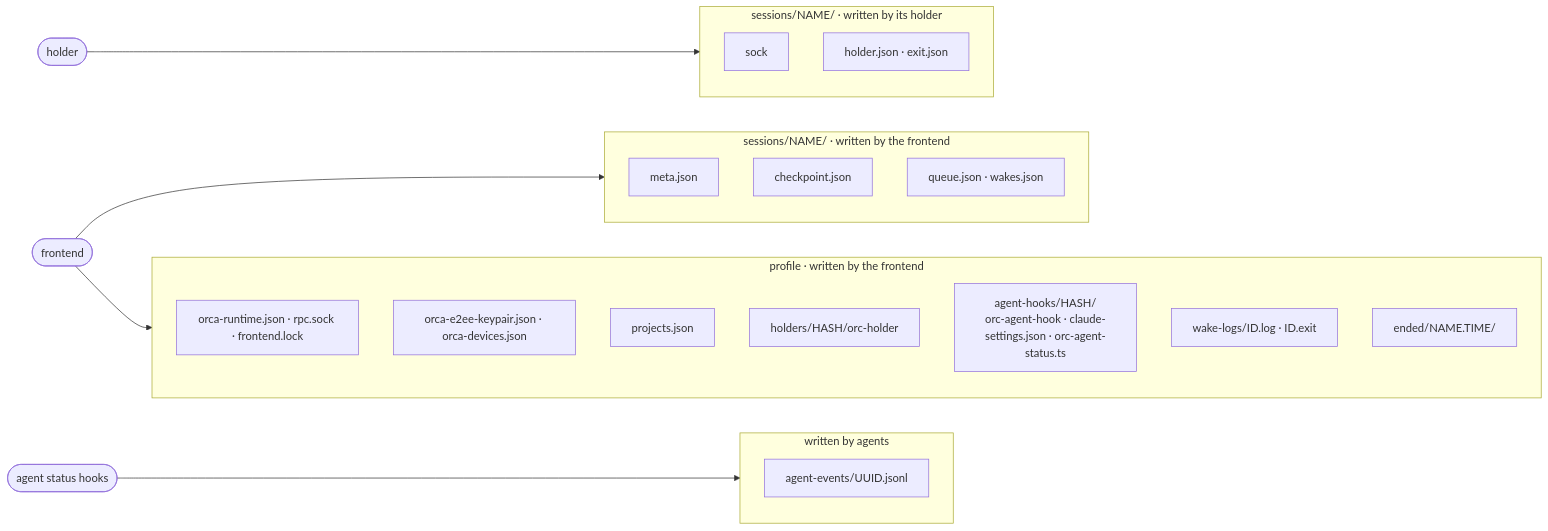
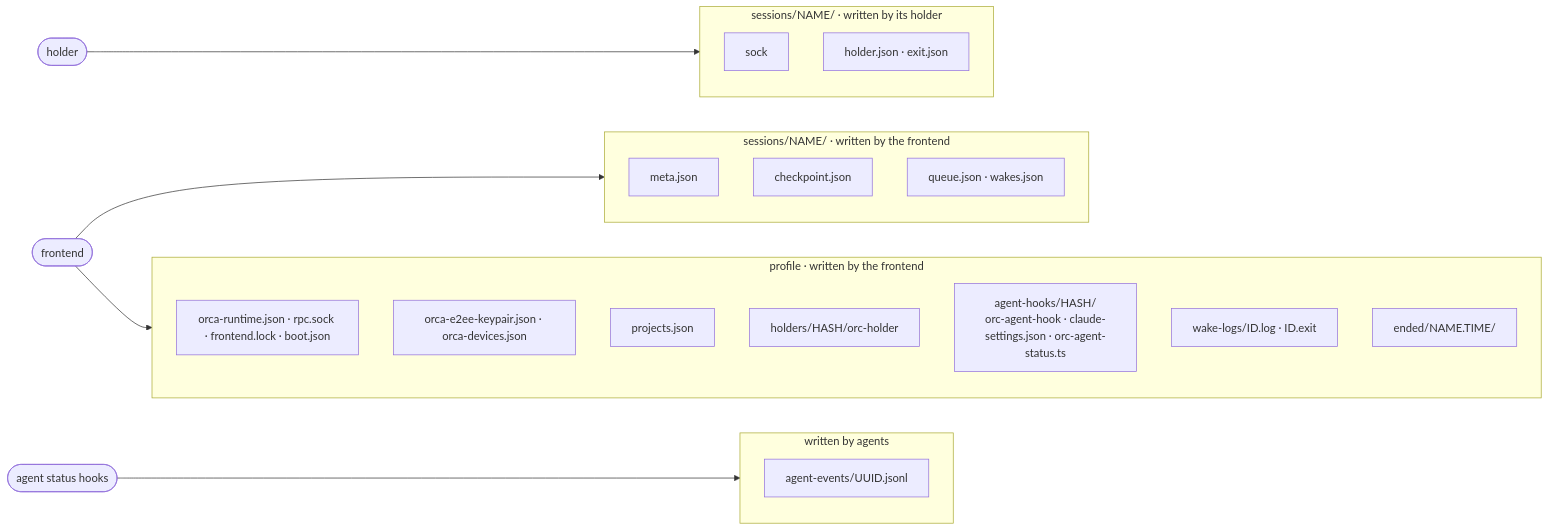
One commit to phillipleblanc/orc changed the second of 7 diagrams in slim/ARCHITECTURE.md. Above: the diagram before and after it, drawn with Mermaid. The commit also changed other lines of this file and 10 other files, not shown here.

````diff
--- a/slim/ARCHITECTURE.md
+++ b/slim/ARCHITECTURE.md
@@ -78,36 +78,36 @@
 ```mermaid
 flowchart LR
     holderProcess(["holder"])
     frontendProcess(["frontend"])
 
     subgraph holderFiles["sessions/NAME/ · written by its holder"]
         sock["sock"]
         holderRecord["holder.json · exit.json"]
     end
 
     subgraph sessionFiles["sessions/NAME/ · written by the frontend"]
         meta["meta.json"]
         checkpoint["checkpoint.json"]
         queue["queue.json · wakes.json"]
     end
 
     agentProcess(["agent status hooks"])
     subgraph eventFiles["written by agents"]
         events["agent-events/UUID.jsonl"]
     end
 
     subgraph profileFiles["profile · written by the frontend"]
-        runtime["orca-runtime.json · rpc.sock · frontend.lock"]
+        runtime["orca-runtime.json · rpc.sock · frontend.lock · boot.json"]
         identity["orca-e2ee-keypair.json · orca-devices.json"]
         projects["projects.json"]
         binaries["holders/HASH/orc-holder"]
         hookFiles["agent-hooks/HASH/<br/>orc-agent-hook · claude-settings.json · orc-agent-status.ts"]
         wakeLogs["wake-logs/ID.log · ID.exit"]
         ended["ended/NAME.TIME/"]
     end
 
     holderProcess --> holderFiles
     frontendProcess --> sessionFiles
     frontendProcess --> profileFiles
     agentProcess --> eventFiles
 ```
````
